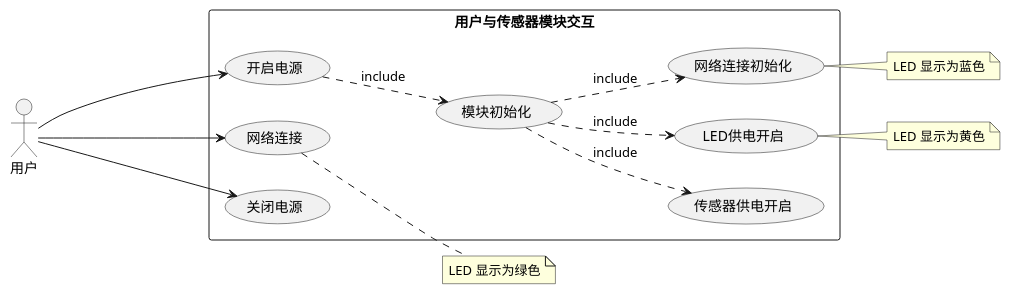
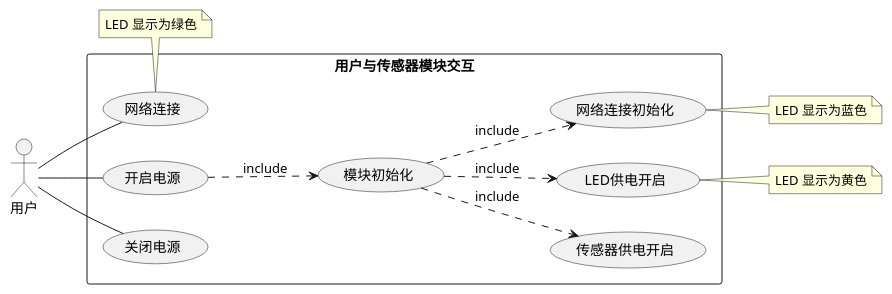
The diagram in Design/RequirementAnalysis/UsecaseDiagram_1.wsd (wzyskylake/Star-Fire), drawn with PlantUML before and after one commit. The commit also changed 2 other files, not shown here.

```diff
--- a/Design/RequirementAnalysis/UsecaseDiagram_1.wsd
+++ b/Design/RequirementAnalysis/UsecaseDiagram_1.wsd
@@ -1,20 +1,20 @@
 @startuml
 left to right direction
 skinparam packageStyle rectangle
 actor 用户 as user
 rectangle 用户与传感器模块交互{
-    user --> (开启电源)
-    user ----> (网络连接)
-    user --> (关闭电源)
+    user -- (开启电源)
+    user -- (网络连接)
+    user -- (关闭电源)
     (开启电源) .-> (模块初始化):include
     (模块初始化) .-> (传感器供电开启):include
     (模块初始化) .-> (网络连接初始化):include
     (模块初始化) .-> (LED供电开启):include
     
 }
 note right of (LED供电开启):LED 显示为黄色
 note right of (网络连接初始化):LED 显示为蓝色
 note "LED 显示为绿色" as N1
-(网络连接) .. N1
+(网络连接) . N1
 
 @enduml
```
